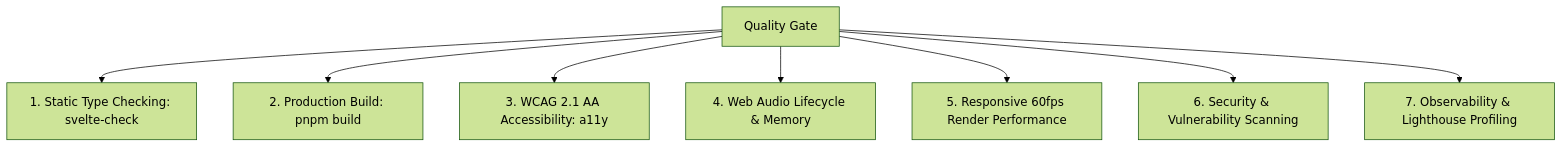
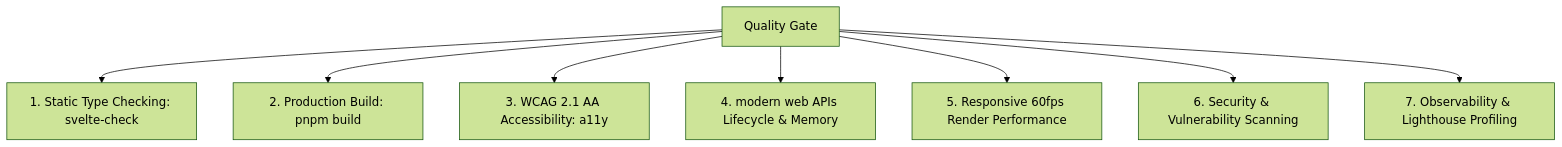
The diagram in .agent/skills/sdlc-quality-gate/SKILL.md (fmatar/sealit), drawn with Mermaid (forest theme) before and after one commit. The commit also changed other lines of this file and 9 other files, not shown here.

````diff
--- a/.agent/skills/sdlc-quality-gate/SKILL.md
+++ b/.agent/skills/sdlc-quality-gate/SKILL.md
@@ -16,10 +16,10 @@
 ```mermaid
 graph TD
     A[Quality Gate] --> B[1. Static Type Checking: svelte-check]
     A --> C[2. Production Build: pnpm build]
     A --> D[3. WCAG 2.1 AA Accessibility: a11y]
-    A --> E[4. Web Audio Lifecycle & Memory]
+    A --> E[4. modern web APIs Lifecycle & Memory]
     A --> F[5. Responsive 60fps Render Performance]
     A --> G[6. Security & Vulnerability Scanning]
     A --> H[7. Observability & Lighthouse Profiling]
 ```
````
